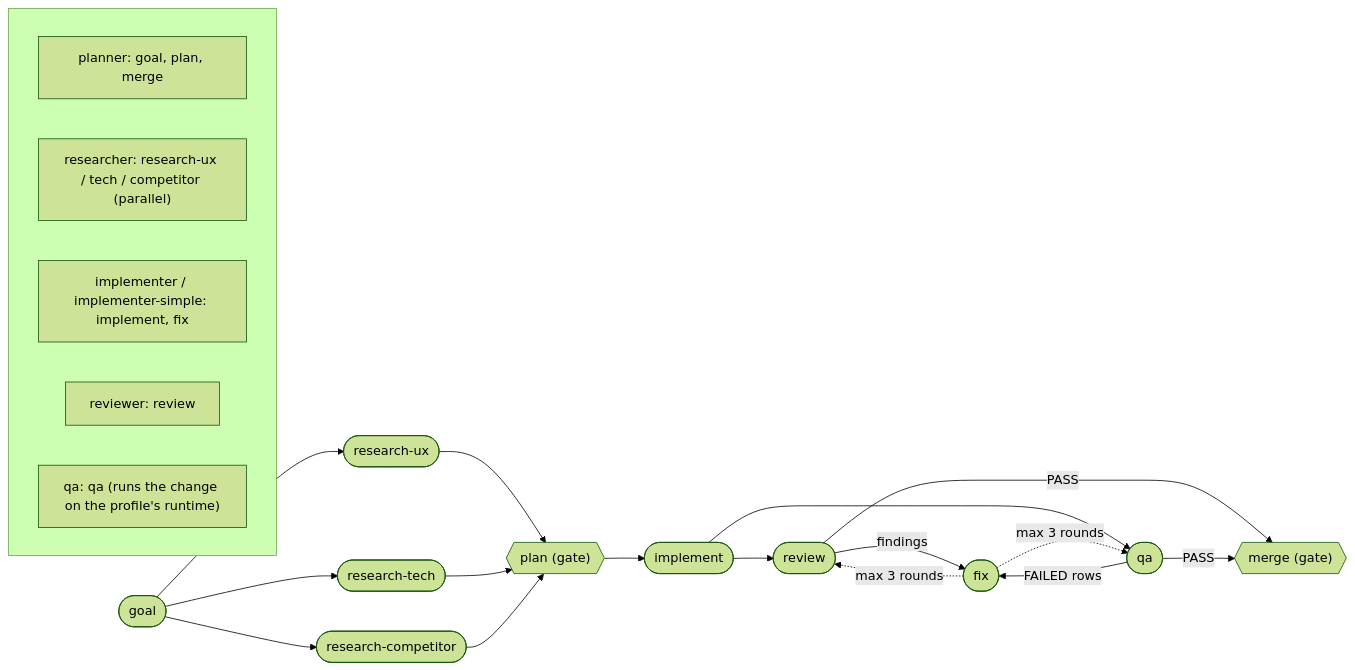
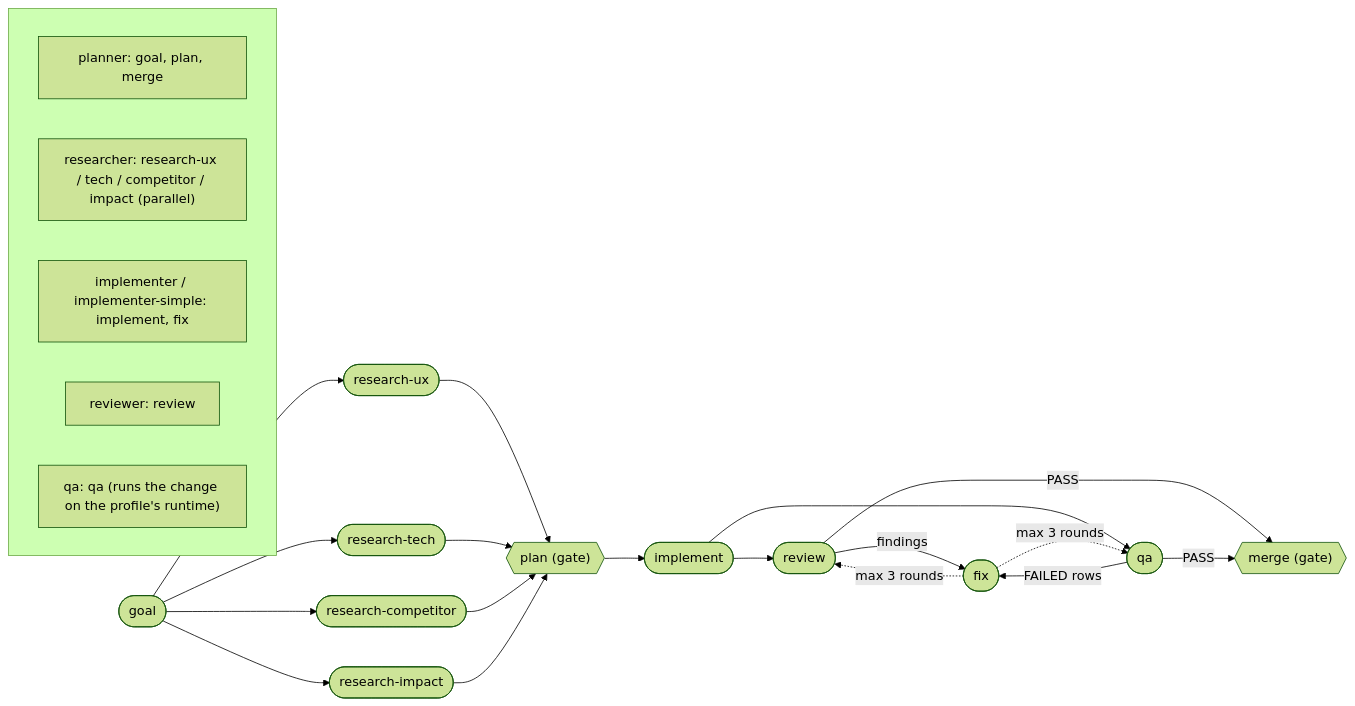
One commit to ShonP/graph-engineering changed the diagram in README.md. Above: the diagram before and after it, drawn with Mermaid (forest theme). The commit also changed other lines of this file and 15 other files, not shown here.

First line of the commit message:
Add definition-of-done and impact-map; research-impact joins the feature MAP (0.10.0)

````diff
--- a/README.md
+++ b/README.md
@@ -31,20 +31,20 @@
 ```mermaid
 flowchart LR
-    goal([goal]) --> rux([research-ux]) & rtech([research-tech]) & rcomp([research-competitor])
-    rux & rtech & rcomp --> plan{{"plan (gate)"}}
+    goal([goal]) --> rux([research-ux]) & rtech([research-tech]) & rcomp([research-competitor]) & rimp([research-impact])
+    rux & rtech & rcomp & rimp --> plan{{"plan (gate)"}}
     plan --> implement([implement])
     implement --> review([review]) & qa([qa])
     review -->|findings| fix([fix])
     qa -->|FAILED rows| fix
     fix -.->|"max 3 rounds"| review & qa
     review & qa -->|PASS| merge{{"merge (gate)"}}
 
     subgraph agents [" "]
         direction LR
         a1["planner: goal, plan, merge"]
-        a0["researcher: research-ux / tech / competitor (parallel)"]
+        a0["researcher: research-ux / tech / competitor / impact (parallel)"]
         a2["implementer / implementer-simple: implement, fix"]
         a3["reviewer: review"]
         a4["qa: qa (runs the change on the profile's runtime)"]
     end
 ```
````
